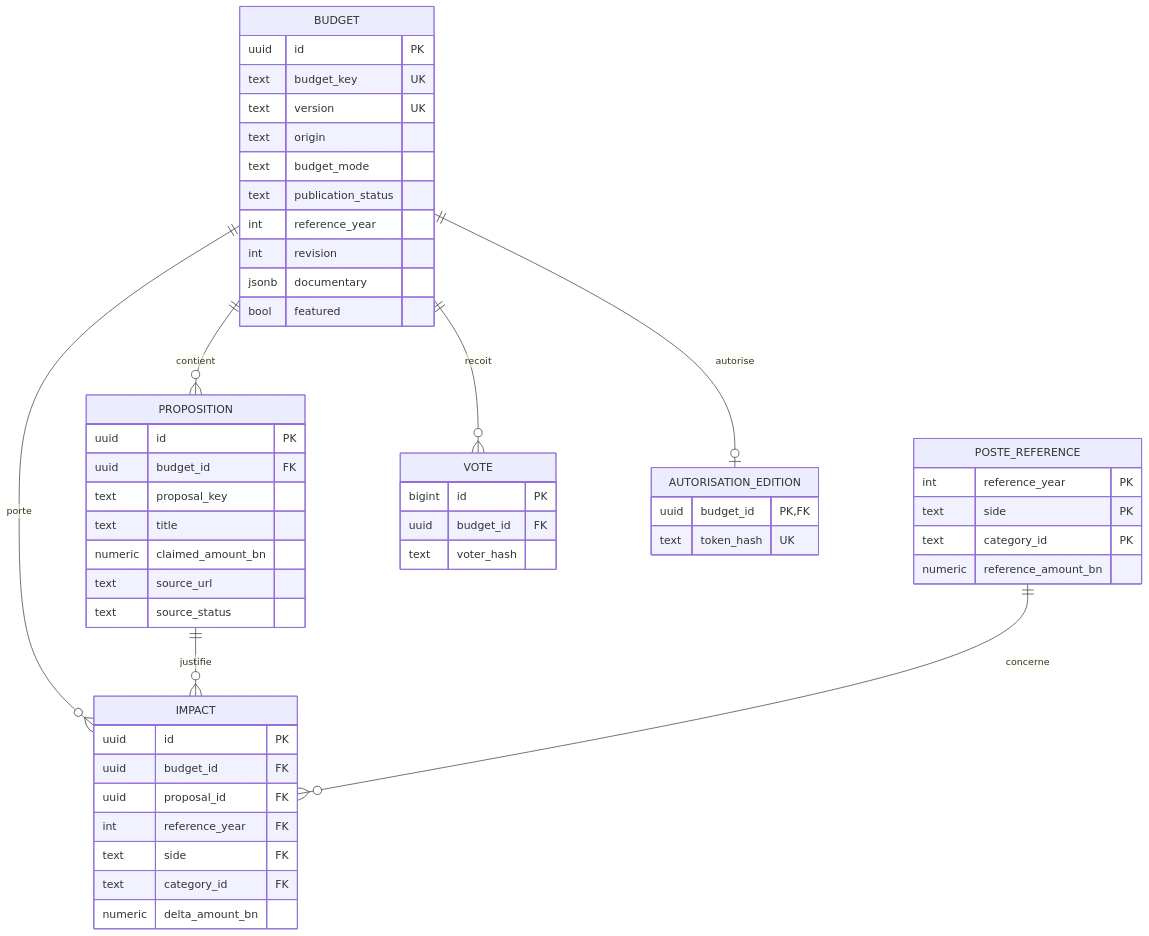
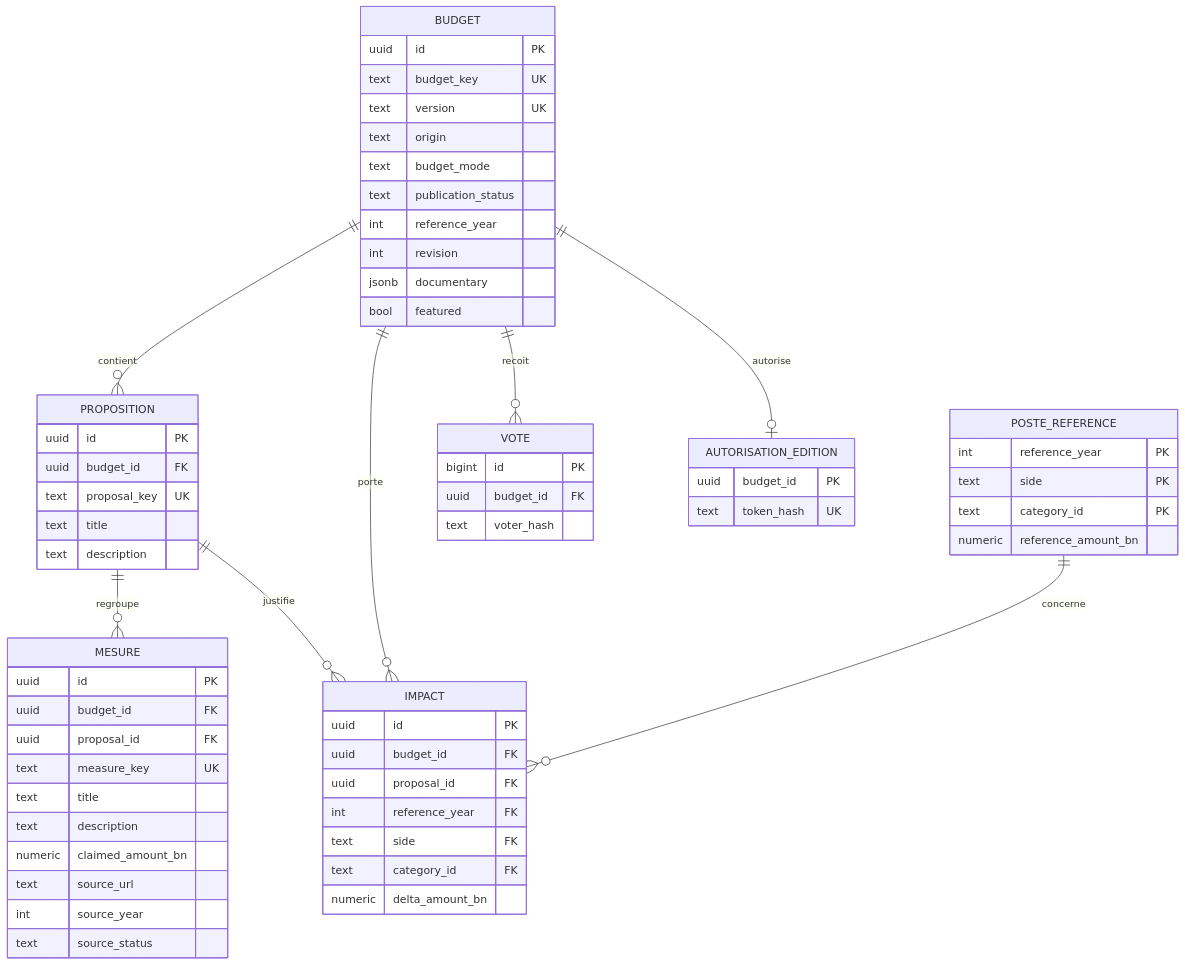
The diagram in docs/v2/mcd.md (dsissoko/france-budget), drawn with Mermaid before and after one commit. The commit also changed other lines of this file, not shown here.

Commit message:
docs(v2): canonicalize measure/proposal/impact MCD and ADR

````diff
--- a/docs/v2/mcd.md
+++ b/docs/v2/mcd.md
@@ -5,54 +5,65 @@
 ```mermaid
 erDiagram
     BUDGET ||--o{ PROPOSITION : contient
+    PROPOSITION ||--o{ MESURE : regroupe
+    PROPOSITION ||--o{ IMPACT : justifie
     BUDGET ||--o{ IMPACT : porte
-    PROPOSITION ||--o{ IMPACT : justifie
     POSTE_REFERENCE ||--o{ IMPACT : concerne
     BUDGET ||--o{ VOTE : recoit
     BUDGET ||--o| AUTORISATION_EDITION : autorise
     BUDGET {
         uuid id PK
         text budget_key UK
         text version UK
         text origin
         text budget_mode
         text publication_status
         int reference_year
         int revision
         jsonb documentary
         bool featured
     }
     PROPOSITION {
         uuid id PK
         uuid budget_id FK
-        text proposal_key
+        text proposal_key UK
         text title
+        text description
+    }
+    MESURE {
+        uuid id PK
+        uuid budget_id FK
+        uuid proposal_id FK
+        text measure_key UK
+        text title
+        text description
         numeric claimed_amount_bn
         text source_url
+        int source_year
         text source_status
     }
     IMPACT {
         uuid id PK
         uuid budget_id FK
         uuid proposal_id FK
         int reference_year FK
         text side FK
         text category_id FK
         numeric delta_amount_bn
     }
     POSTE_REFERENCE {
         int reference_year PK
         text side PK
         text category_id PK
         numeric reference_amount_bn
     }
     VOTE {
         bigint id PK
         uuid budget_id FK
         text voter_hash
     }
     AUTORISATION_EDITION {
-        uuid budget_id PK,FK
+        uuid budget_id PK
         text token_hash UK
     }
 ```
````
